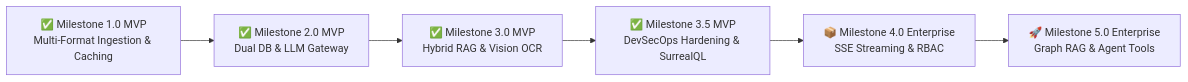
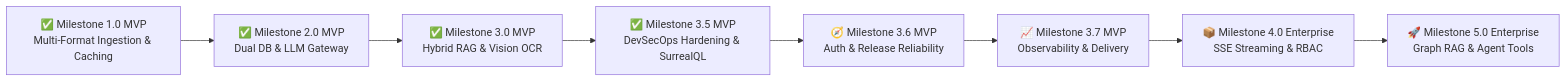
Before and after one commit to lucivskvn/AetherOmni: the second of 2 diagrams in README.md, drawn with Mermaid. The commit also changed other lines of this file and 6 other files, not shown here.

Commit message:
docs: align MVP delivery and infrastructure guidance

````diff
--- a/README.md
+++ b/README.md
@@ -206,8 +206,10 @@
 ```mermaid
 flowchart LR
     M1["✅ Milestone 1.0 MVP<br>Multi-Format Ingestion & Caching"] --> M2["✅ Milestone 2.0 MVP<br>Dual DB & LLM Gateway"]
     M2 --> M3["✅ Milestone 3.0 MVP<br>Hybrid RAG & Vision OCR"]
     M3 --> M35["✅ Milestone 3.5 MVP<br>DevSecOps Hardening & SurrealQL"]
-    M35 --> M4["📦 Milestone 4.0 Enterprise<br>SSE Streaming & RBAC"]
+    M35 --> M36["🧭 Milestone 3.6 MVP<br>Auth & Release Reliability"]
+    M36 --> M37["📈 Milestone 3.7 MVP<br>Observability & Delivery"]
+    M37 --> M4["📦 Milestone 4.0 Enterprise<br>SSE Streaming & RBAC"]
     M4 --> M5["🚀 Milestone 5.0 Enterprise<br>Graph RAG & Agent Tools"]
 ```
````
